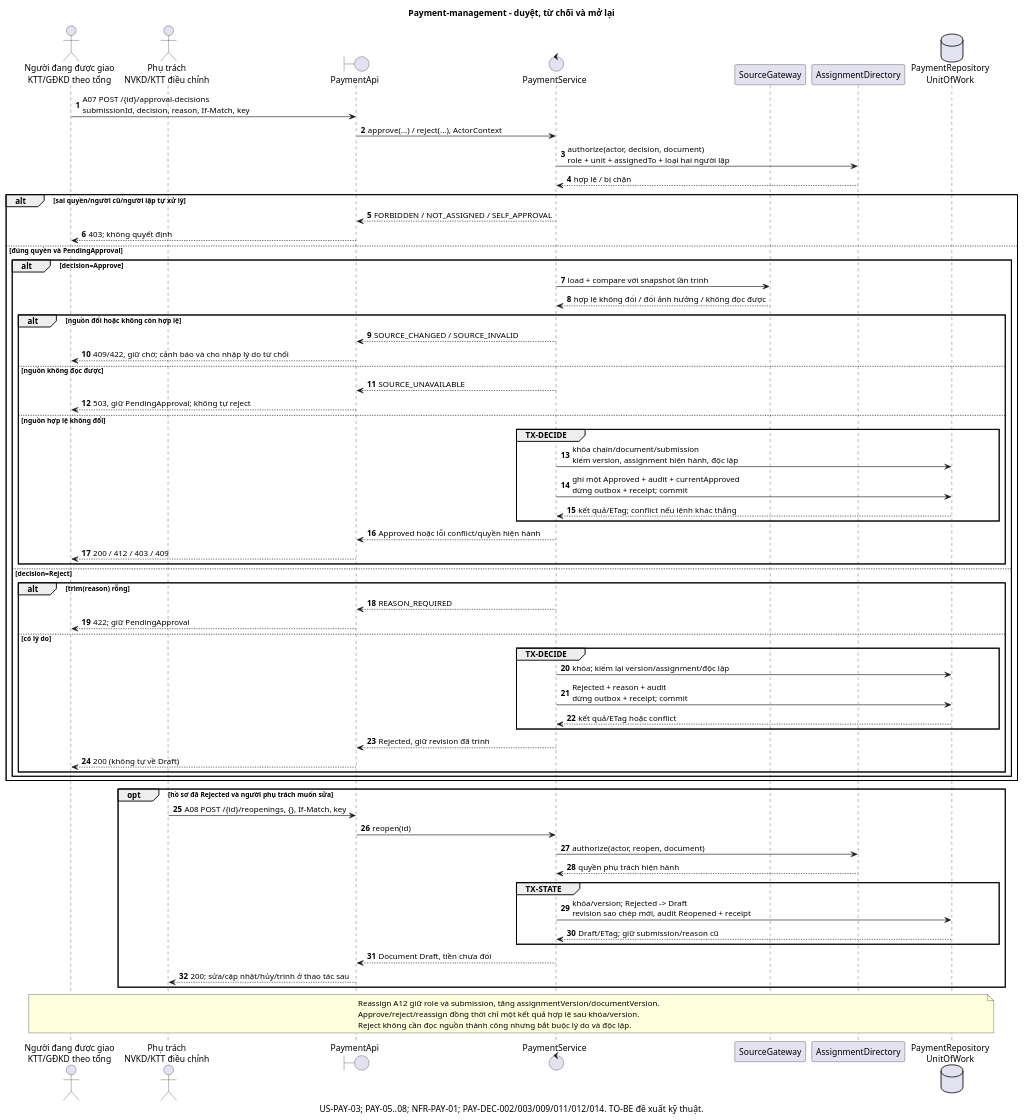
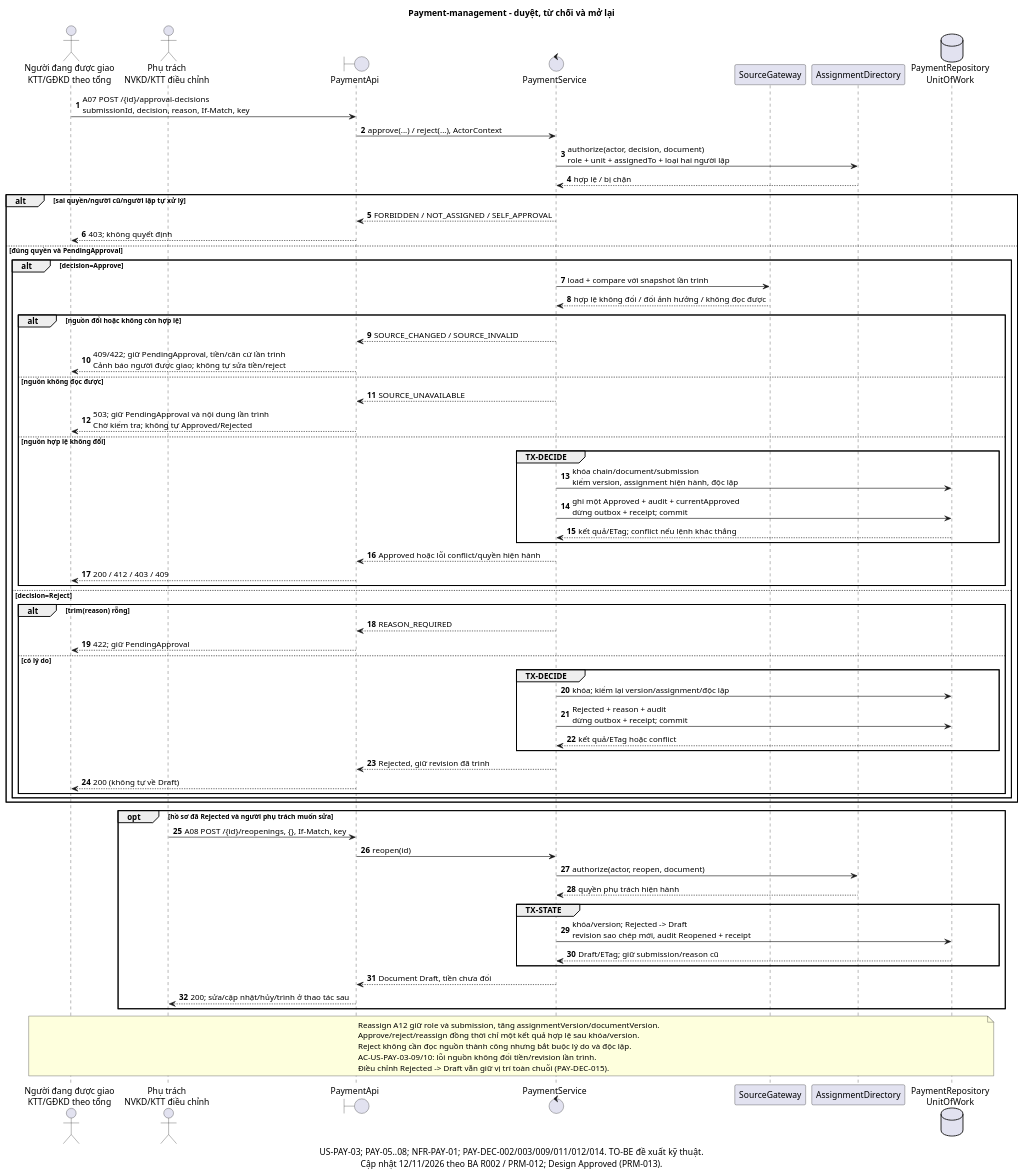
One commit to NotTodaySirr/module_thanh_toan changed the diagram in docs/design/payment-management/diagrams/sequence-review.puml. Above: the diagram before and after it, drawn with PlantUML. The commit also changed 22 other files, not shown here.

Commit message:
docs(payment-management): cập nhật thiết kế theo phân tích sau R002

```diff
--- a/docs/design/payment-management/diagrams/sequence-review.puml
+++ b/docs/design/payment-management/diagrams/sequence-review.puml
@@ -1,73 +1,75 @@
 @startuml
 title Payment-management - duyệt, từ chối và mở lại
-caption US-PAY-03; PAY-05..08; NFR-PAY-01; PAY-DEC-002/003/009/011/012/014. TO-BE đề xuất kỹ thuật.
+caption US-PAY-03; PAY-05..08; NFR-PAY-01; PAY-DEC-002/003/009/011/012/014. TO-BE đề xuất kỹ thuật.\nCập nhật 12/11/2026 theo BA R002 / PRM-012; Design Approved (PRM-013).
 skinparam defaultFontName Arial
 autonumber
 actor "Người đang được giao\nKTT/GĐKD theo tổng" as Reviewer
 actor "Phụ trách\nNVKD/KTT điều chỉnh" as Owner
 boundary PaymentApi as Api
 control PaymentService as Service
 participant SourceGateway as Source
 participant AssignmentDirectory as Auth
 database "PaymentRepository\nUnitOfWork" as Repo
 
 Reviewer -> Api : A07 POST /{id}/approval-decisions\nsubmissionId, decision, reason, If-Match, key
 Api -> Service : approve(...) / reject(...), ActorContext
 Service -> Auth : authorize(actor, decision, document)\nrole + unit + assignedTo + loại hai người lập
 Auth --> Service : hợp lệ / bị chặn
 alt sai quyền/người cũ/người lập tự xử lý
   Service --> Api : FORBIDDEN / NOT_ASSIGNED / SELF_APPROVAL
   Api --> Reviewer : 403; không quyết định
 else đúng quyền và PendingApproval
   alt decision=Approve
     Service -> Source : load + compare với snapshot lần trình
     Source --> Service : hợp lệ không đổi / đổi ảnh hưởng / không đọc được
     alt nguồn đổi hoặc không còn hợp lệ
       Service --> Api : SOURCE_CHANGED / SOURCE_INVALID
-      Api --> Reviewer : 409/422, giữ chờ; cảnh báo và cho nhập lý do từ chối
+      Api --> Reviewer : 409/422; giữ PendingApproval, tiền/căn cứ lần trình\nCảnh báo người được giao; không tự sửa tiền/reject
     else nguồn không đọc được
       Service --> Api : SOURCE_UNAVAILABLE
-      Api --> Reviewer : 503, giữ PendingApproval; không tự reject
+      Api --> Reviewer : 503; giữ PendingApproval và nội dung lần trình\nChờ kiểm tra; không tự Approved/Rejected
     else nguồn hợp lệ không đổi
       group TX-DECIDE
         Service -> Repo : khóa chain/document/submission\nkiểm version, assignment hiện hành, độc lập
         Service -> Repo : ghi một Approved + audit + currentApproved\ndừng outbox + receipt; commit
         Repo --> Service : kết quả/ETag; conflict nếu lệnh khác thắng
       end
       Service --> Api : Approved hoặc lỗi conflict/quyền hiện hành
       Api --> Reviewer : 200 / 412 / 403 / 409
     end
   else decision=Reject
     alt trim(reason) rỗng
       Service --> Api : REASON_REQUIRED
       Api --> Reviewer : 422; giữ PendingApproval
     else có lý do
       group TX-DECIDE
         Service -> Repo : khóa; kiểm lại version/assignment/độc lập
         Service -> Repo : Rejected + reason + audit\ndừng outbox + receipt; commit
         Repo --> Service : kết quả/ETag hoặc conflict
       end
       Service --> Api : Rejected, giữ revision đã trình
       Api --> Reviewer : 200 (không tự về Draft)
     end
   end
 end
 
 opt hồ sơ đã Rejected và người phụ trách muốn sửa
   Owner -> Api : A08 POST /{id}/reopenings, {}, If-Match, key
   Api -> Service : reopen(id)
   Service -> Auth : authorize(actor, reopen, document)
   Auth --> Service : quyền phụ trách hiện hành
   group TX-STATE
     Service -> Repo : khóa/version; Rejected -> Draft\nrevision sao chép mới, audit Reopened + receipt
     Repo --> Service : Draft/ETag; giữ submission/reason cũ
   end
   Service --> Api : Document Draft, tiền chưa đổi
   Api --> Owner : 200; sửa/cập nhật/hủy/trình ở thao tác sau
 end
 note over Reviewer,Repo
   Reassign A12 giữ role và submission, tăng assignmentVersion/documentVersion.
   Approve/reject/reassign đồng thời chỉ một kết quả hợp lệ sau khóa/version.
   Reject không cần đọc nguồn thành công nhưng bắt buộc lý do và độc lập.
+  AC-US-PAY-03-09/10: lỗi nguồn không đổi tiền/revision lần trình.
+  Điều chỉnh Rejected -> Draft vẫn giữ vị trí toàn chuỗi (PAY-DEC-015).
 end note
 @enduml
```
